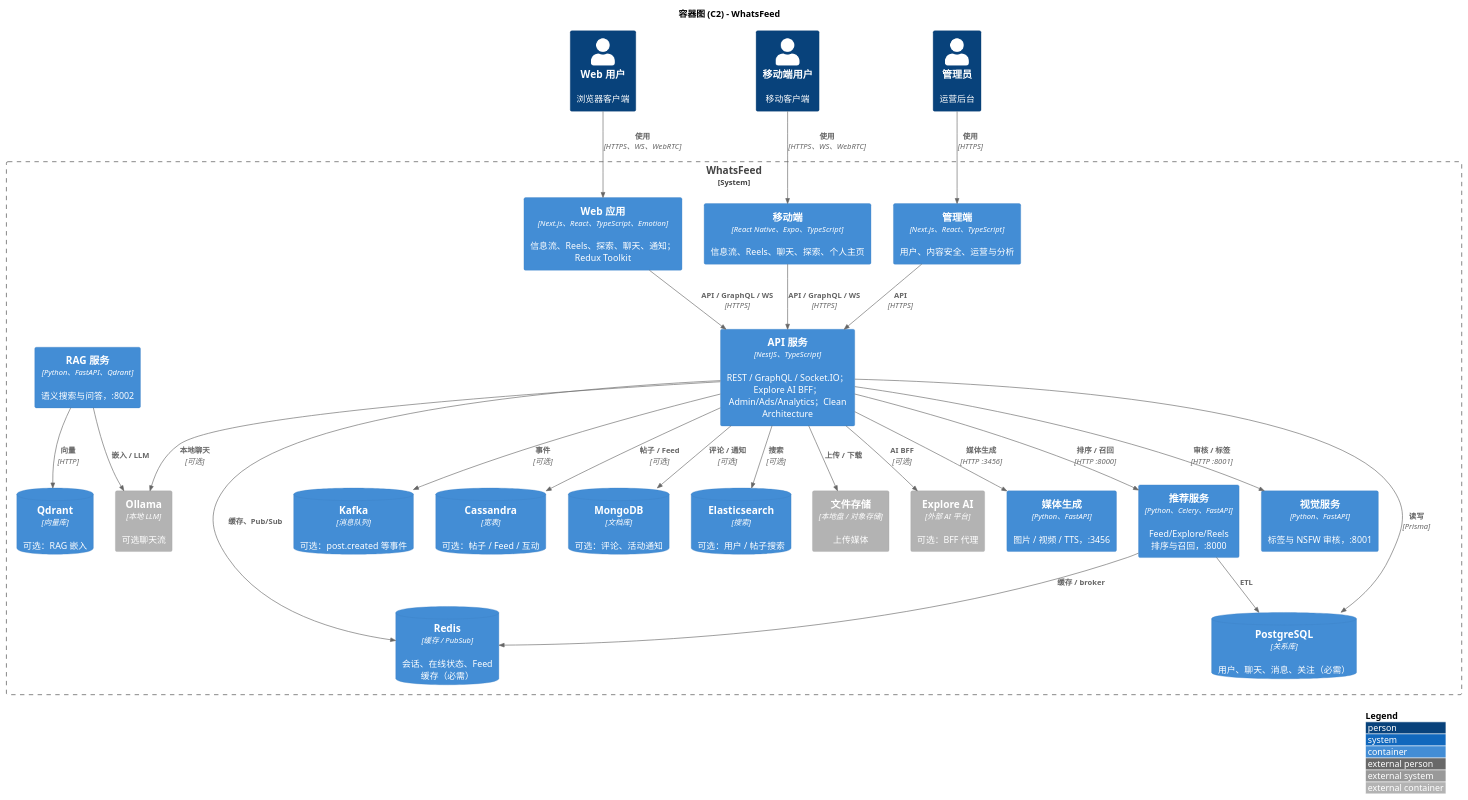
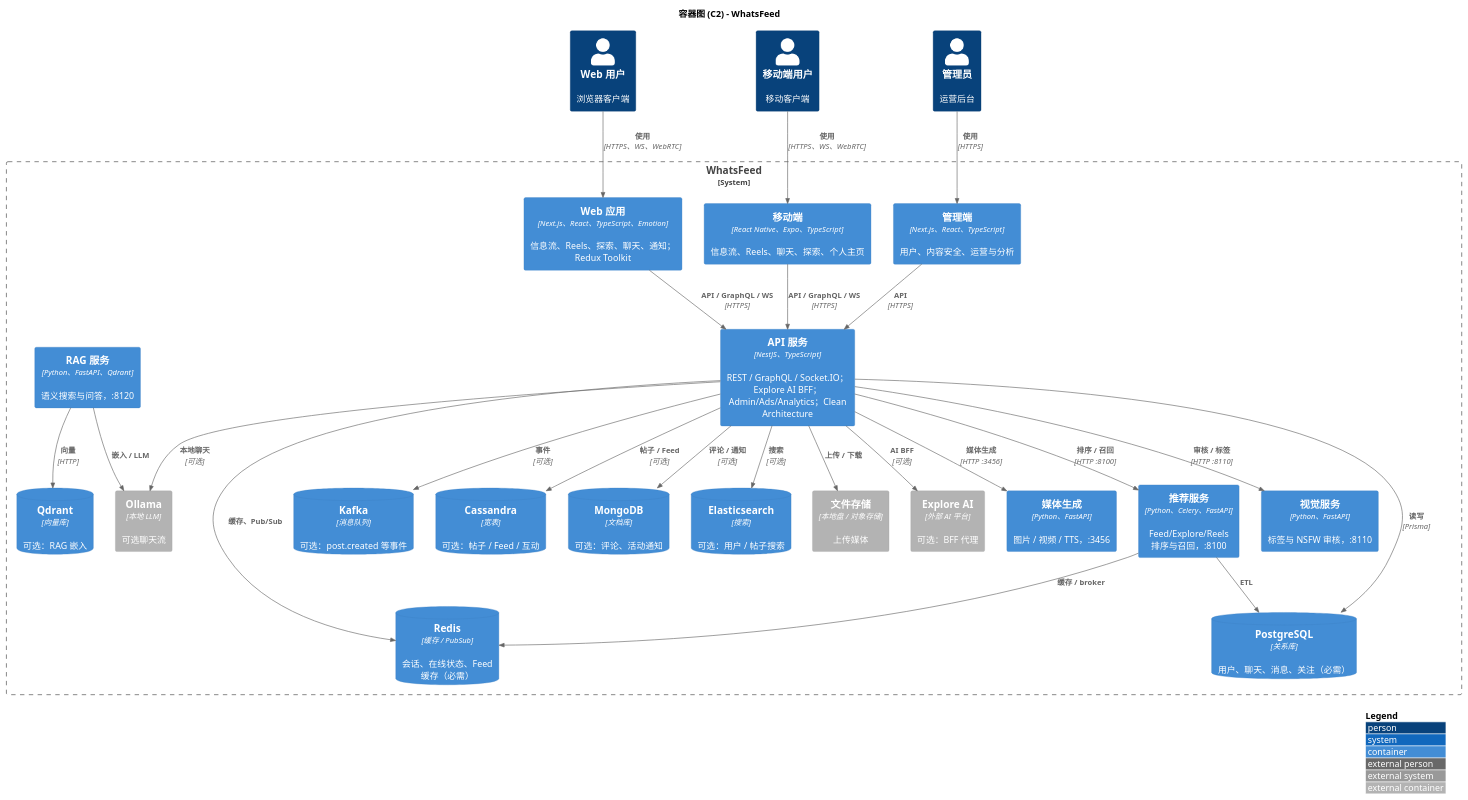
Before and after one commit to felixzhu97/explore: the diagram in explore-chat/docs/developer/c4-model/C2-Container.puml, drawn with PlantUML. The commit also changed 15 other files, not shown here.

```diff
--- a/explore-chat/docs/developer/c4-model/C2-Container.puml
+++ b/explore-chat/docs/developer/c4-model/C2-Container.puml
@@ -1,56 +1,56 @@
 @startuml C2-Container
 !include https://raw.githubusercontent.com/plantuml-stdlib/C4-PlantUML/master/C4_Container.puml
 
 LAYOUT_WITH_LEGEND()
 
 title 容器图 (C2) - WhatsFeed
 
 Person(user_web, "Web 用户", "浏览器客户端")
 Person(user_mobile, "移动端用户", "移动客户端")
 Person(admin_user, "管理员", "运营后台")
 
 System_Boundary(whatsfeed, "WhatsFeed") {
   Container(web_app, "Web 应用", "Next.js、React、TypeScript、Emotion", "信息流、Reels、探索、聊天、通知；Redux Toolkit")
   Container(admin_app, "管理端", "Next.js、React、TypeScript", "用户、内容安全、运营与分析")
   Container(mobile_app, "移动端", "React Native、Expo、TypeScript", "信息流、Reels、聊天、探索、个人主页")
   Container(api_server, "API 服务", "NestJS、TypeScript", "REST / GraphQL / Socket.IO；Explore AI BFF；Admin/Ads/Analytics；Clean Architecture")
   Container(media_gen, "媒体生成", "Python、FastAPI", "图片 / 视频 / TTS，:3456")
-  Container(recommendation_svc, "推荐服务", "Python、Celery、FastAPI", "Feed/Explore/Reels 排序与召回，:8000")
-  Container(vision_svc, "视觉服务", "Python、FastAPI", "标签与 NSFW 审核，:8001")
-  Container(rag_svc, "RAG 服务", "Python、FastAPI、Qdrant", "语义搜索与问答，:8002")
+  Container(recommendation_svc, "推荐服务", "Python、Celery、FastAPI", "Feed/Explore/Reels 排序与召回，:8100")
+  Container(vision_svc, "视觉服务", "Python、FastAPI", "标签与 NSFW 审核，:8110")
+  Container(rag_svc, "RAG 服务", "Python、FastAPI、Qdrant", "语义搜索与问答，:8120")
   ContainerDb(postgres, "PostgreSQL", "关系库", "用户、聊天、消息、关注（必需）")
   ContainerDb(redis, "Redis", "缓存 / PubSub", "会话、在线状态、Feed 缓存（必需）")
   ContainerDb(kafka, "Kafka", "消息队列", "可选：post.created 等事件")
   ContainerDb(cassandra, "Cassandra", "宽表", "可选：帖子 / Feed / 互动")
   ContainerDb(mongodb, "MongoDB", "文档库", "可选：评论、活动通知")
   ContainerDb(elasticsearch, "Elasticsearch", "搜索", "可选：用户 / 帖子搜索")
   ContainerDb(qdrant, "Qdrant", "向量库", "可选：RAG 嵌入")
   Container_Ext(file_storage, "文件存储", "本地盘 / 对象存储", "上传媒体")
   Container_Ext(ollama, "Ollama", "本地 LLM", "可选聊天流")
   Container_Ext(explore_ai, "Explore AI", "外部 AI 平台", "可选：BFF 代理")
 }
 
 Rel(user_web, web_app, "使用", "HTTPS、WS、WebRTC")
 Rel(user_mobile, mobile_app, "使用", "HTTPS、WS、WebRTC")
 Rel(admin_user, admin_app, "使用", "HTTPS")
 Rel(web_app, api_server, "API / GraphQL / WS", "HTTPS")
 Rel(mobile_app, api_server, "API / GraphQL / WS", "HTTPS")
 Rel(admin_app, api_server, "API", "HTTPS")
 Rel(api_server, postgres, "读写", "Prisma")
 Rel(api_server, redis, "缓存、Pub/Sub")
 Rel(api_server, kafka, "事件", "可选")
 Rel(api_server, cassandra, "帖子 / Feed", "可选")
 Rel(api_server, mongodb, "评论 / 通知", "可选")
 Rel(api_server, elasticsearch, "搜索", "可选")
 Rel(api_server, file_storage, "上传 / 下载")
 Rel(api_server, media_gen, "媒体生成", "HTTP :3456")
-Rel(api_server, vision_svc, "审核 / 标签", "HTTP :8001")
-Rel(api_server, recommendation_svc, "排序 / 召回", "HTTP :8000")
+Rel(api_server, vision_svc, "审核 / 标签", "HTTP :8110")
+Rel(api_server, recommendation_svc, "排序 / 召回", "HTTP :8100")
 Rel(api_server, ollama, "本地聊天", "可选")
 Rel(api_server, explore_ai, "AI BFF", "可选")
 Rel(recommendation_svc, redis, "缓存 / broker")
 Rel(recommendation_svc, postgres, "ETL")
 Rel(rag_svc, qdrant, "向量", "HTTP")
 Rel(rag_svc, ollama, "嵌入 / LLM")
 
 @enduml
```
